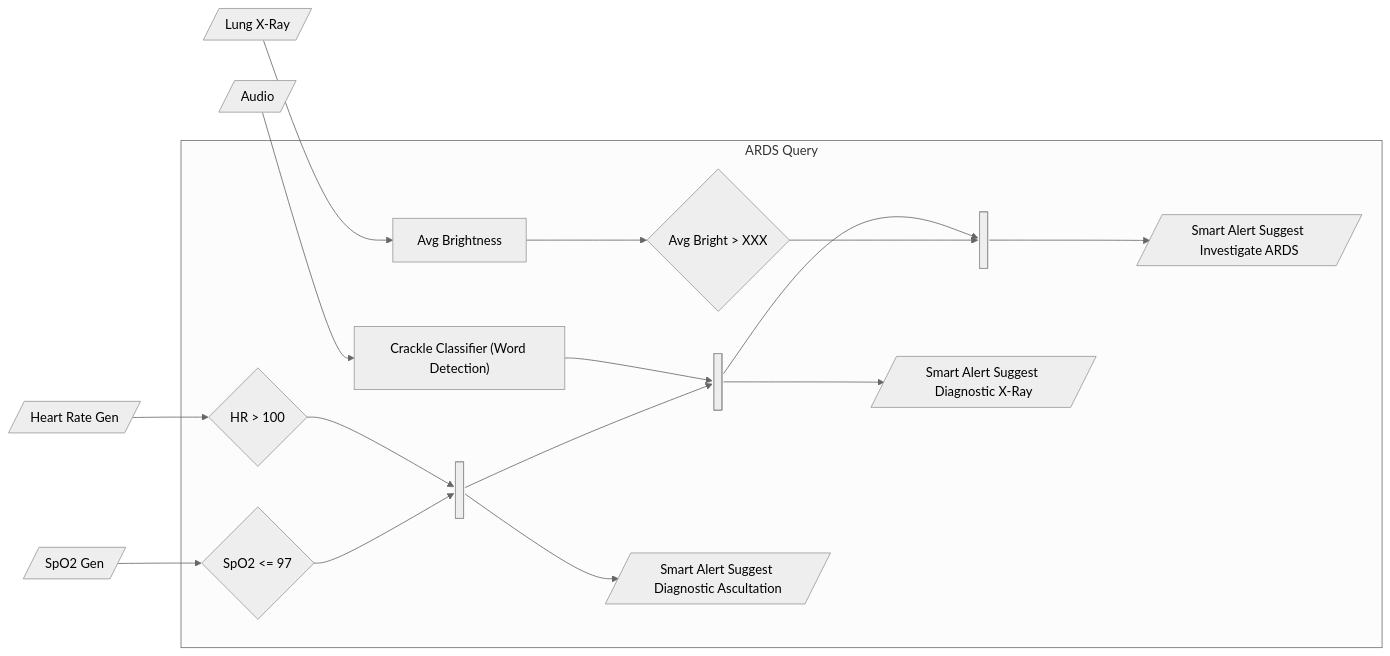
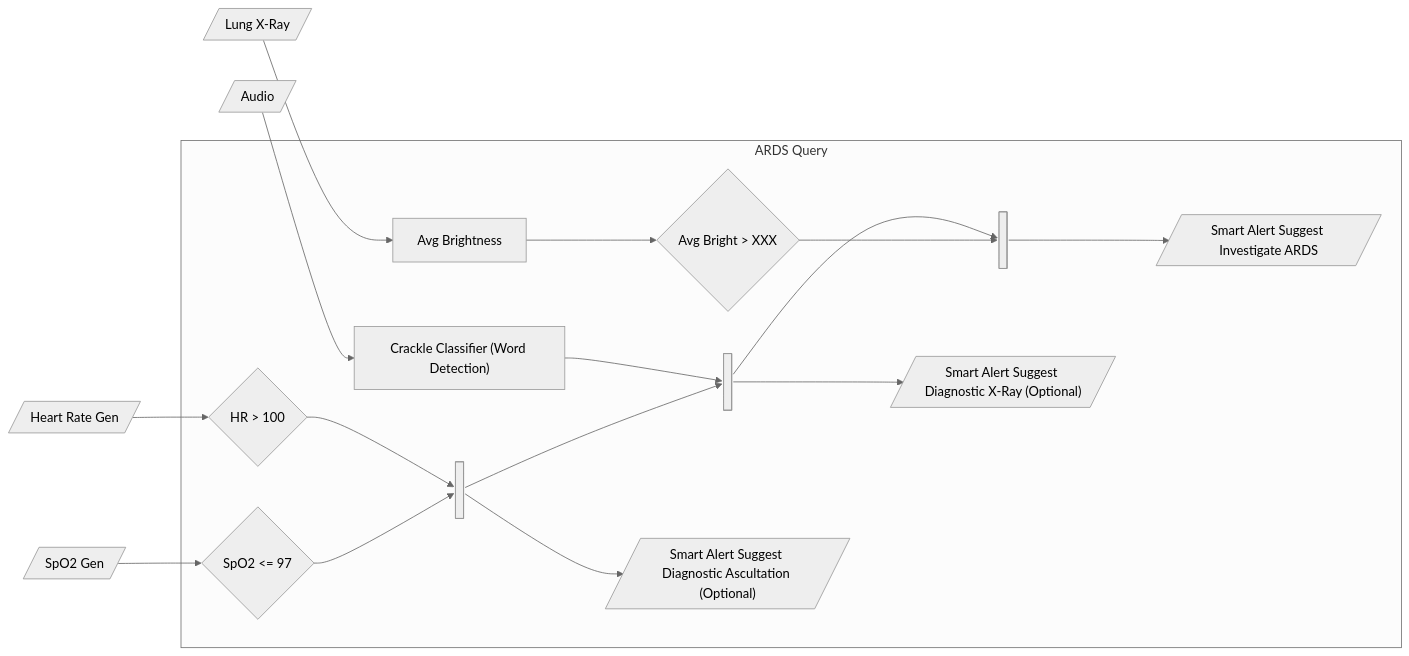
One commit to nebulastream/SIGMOD25-demo changed the second of 3 diagrams in README.md. Above: the diagram before and after it, drawn with Mermaid (neutral theme).

Commit message:
make intermediate smart alerts for ARDS optional

````diff
--- a/README.md
+++ b/README.md
@@ -44,40 +44,40 @@
 ```mermaid
 
 %% ARDS Example
 
 graph LR;
 %% Define sources
     HR@{shape: in-out, label: "Heart Rate Gen"}
     SpO2@{shape: in-out, label: "SpO2 Gen"}
     Audio@{shape: in-out, label: "Audio"}
     LungXRay@{shape: in-out, label: "Lung X-Ray"}
 
 
 %% Query ARDS
     subgraph ARDS Query
         dTachy@{shape: diamond, label: "HR > 100"}
         dHypox@{shape: diamond, label: "SpO2 <= 97"}
         dCrackle@{shape: proc, label: "Crackle Classifier (Word Detection)"}
         pLungBright@{shape: proc, label: "Avg Brightness"}
         dLungBright@{shape: diamond, label: "Avg Bright > XXX"}
         jSuggestAscultation@{shape: join, label: "Join ARDS Symptoms Ascul"}
         jSuggestXRay@{shape: join, label: "Join ARDS Symptoms XRay"}
         jARDS@{shape: join, label: "Join ARDS Symptoms"}
         dTachy --> jSuggestAscultation
         dHypox --> jSuggestAscultation
-        jSuggestAscultation --> AlertSuggestAscultation@{shape: in-out, label: "Smart Alert Suggest Diagnostic Ascultation"}
+        jSuggestAscultation --> AlertSuggestAscultation@{shape: in-out, label: "Smart Alert Suggest Diagnostic Ascultation (Optional)"}
         dCrackle --> jSuggestXRay
         jSuggestAscultation --> jSuggestXRay
         jSuggestXRay --> jARDS
-        jSuggestXRay --> AlertSuggestXRay@{shape: in-out, label: "Smart Alert Suggest Diagnostic X-Ray"}
+        jSuggestXRay --> AlertSuggestXRay@{shape: in-out, label: "Smart Alert Suggest Diagnostic X-Ray (Optional)"}
         jARDS --> AlertSuggestARDS@{shape: in-out, label: "Smart Alert Suggest Investigate ARDS"}
         pLungBright --> dLungBright --> jARDS
     end
 
     HR --> dTachy
     SpO2 --> dHypox
     Audio --> dCrackle
     LungXRay --> pLungBright 
 
 
 ```
````
